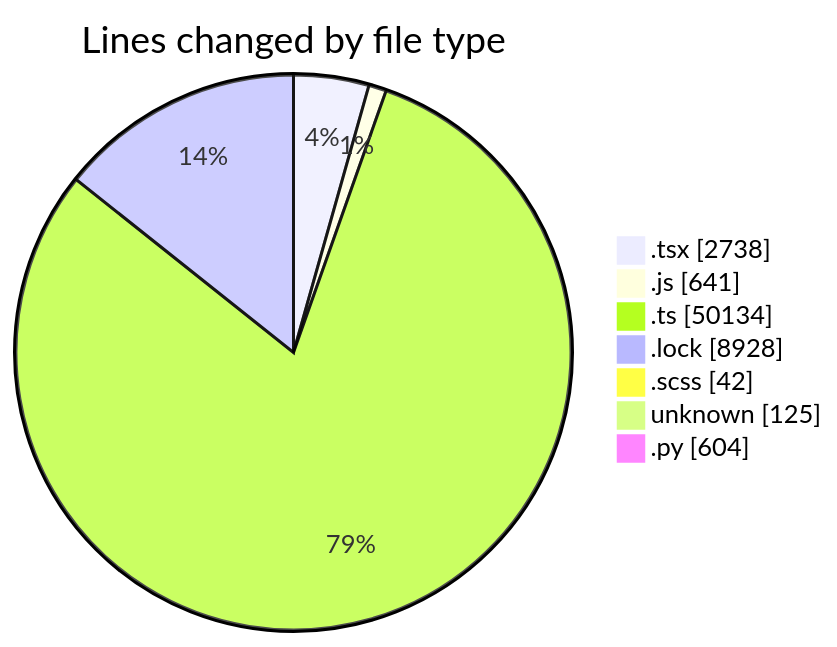
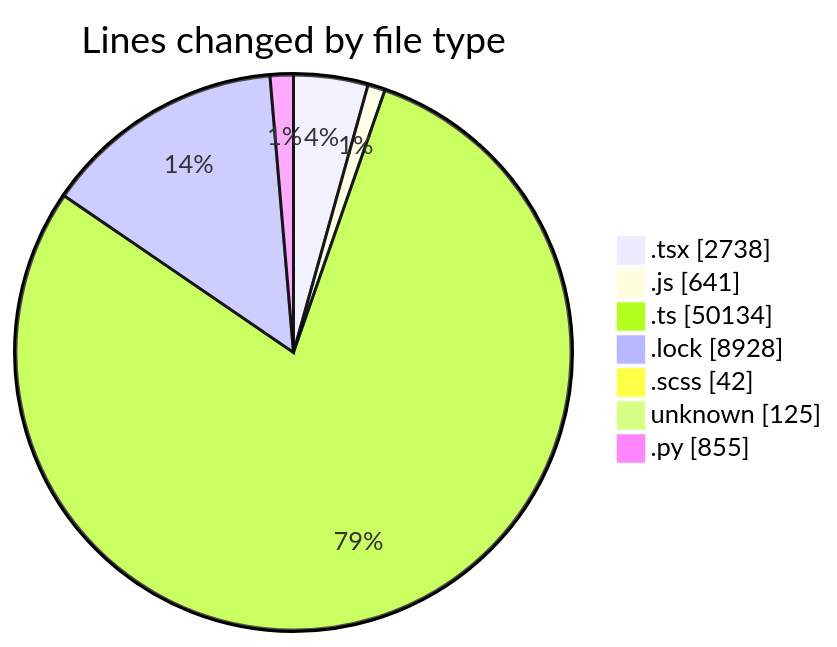
One commit to momahboobian/code-tracking changed the first of 2 diagrams in 2026-09-16/cda/README.md. Above: the diagram before and after it, drawn with Mermaid. The commit also changed other lines of this file and 1 other file, not shown here.

````diff
--- a/2026-09-16/cda/README.md
+++ b/2026-09-16/cda/README.md
@@ -62,11 +63,11 @@
 ```mermaid
 pie showData
 title Lines changed by file type
 ".tsx" : 2738
 ".js" : 641
 ".ts" : 50134
 ".lock" : 8928
 ".scss" : 42
 "unknown" : 125
-".py" : 604
+".py" : 855
 ```
````
